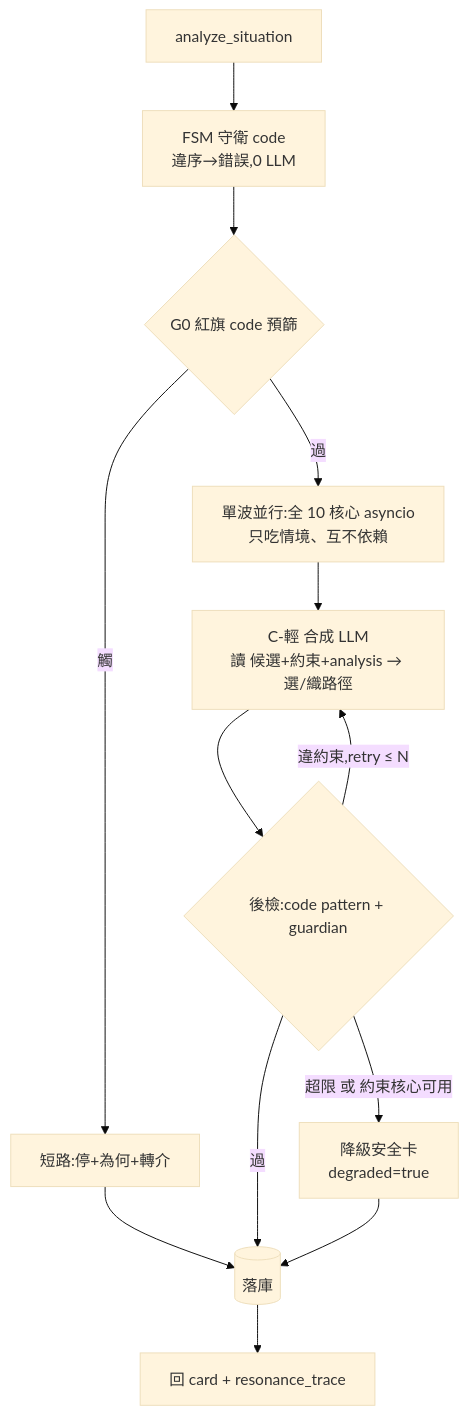
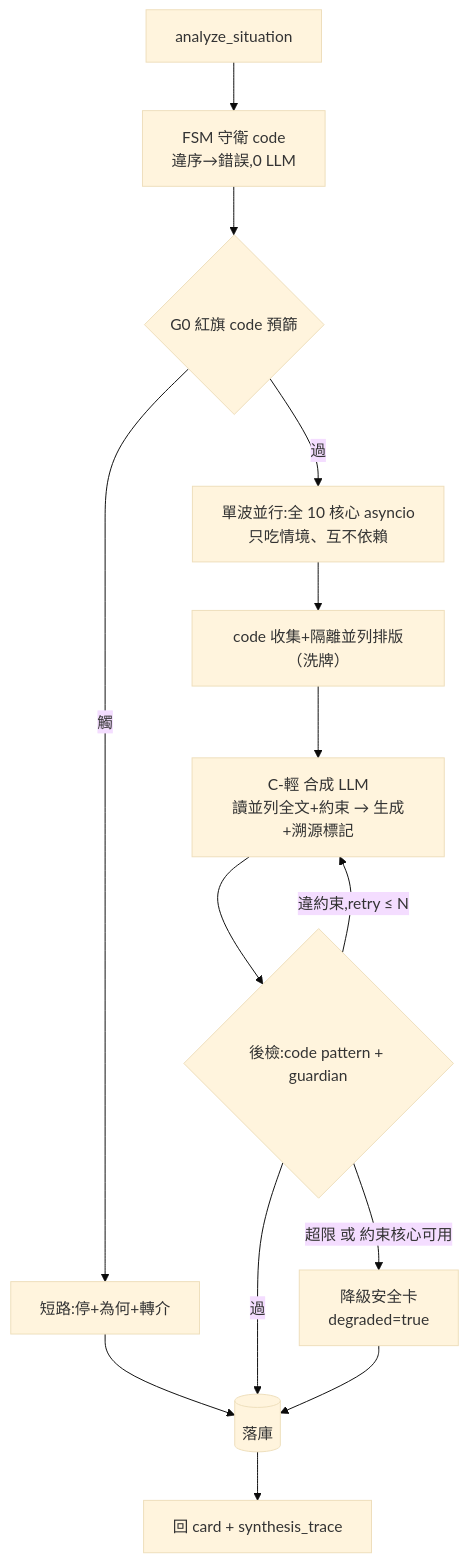
One commit to Jarry6304/Parenting-response-mcp changed the third of 3 diagrams in parenting-response-mcp-spec-v2.2.md. Above: the diagram before and after it, drawn with Mermaid (base theme). The commit also changed other lines of this file, not shown here.

First line of the commit message:
spec v2.2:resonance v3 連動修改

````diff
--- a/parenting-response-mcp-spec-v2.2.md
+++ b/parenting-response-mcp-spec-v2.2.md
@@ -225,15 +226,16 @@
 ```mermaid
 flowchart TD
     REQ[analyze_situation] --> GUARDS[FSM 守衛 code<br/>違序→錯誤,0 LLM]
     GUARDS --> RF{G0 紅旗 code 預篩}
     RF -->|觸| STOP[短路:停+為何+轉介]
     STOP --> PERS[(落庫)]
     RF -->|過| FAN[單波並行:全 10 核心 asyncio<br/>只吃情境、互不依賴]
-    FAN --> SYN[C-輕 合成 LLM<br/>讀 候選+約束+analysis → 選/織路徑]
+    FAN --> COL[code 收集+隔離並列排版（洗牌）]
+    COL --> SYN[C-輕 合成 LLM<br/>讀並列全文+約束 → 生成+溯源標記]
     SYN --> CHK{後檢:code pattern + guardian}
     CHK -->|違約束,retry ≤ N| SYN
     CHK -->|超限 或 約束核心可用<K| DEG[降級安全卡<br/>degraded=true]
     CHK -->|過| PERS
     DEG --> PERS
-    PERS --> RESP[回 card + resonance_trace]
+    PERS --> RESP[回 card + synthesis_trace]
 ```
````
